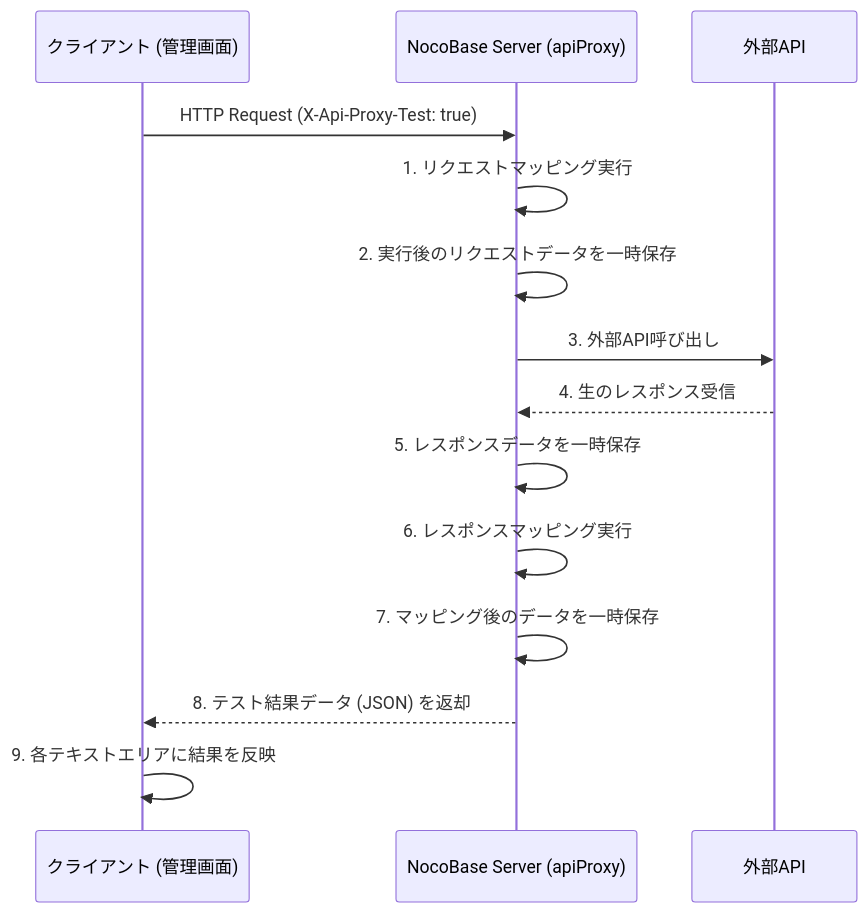
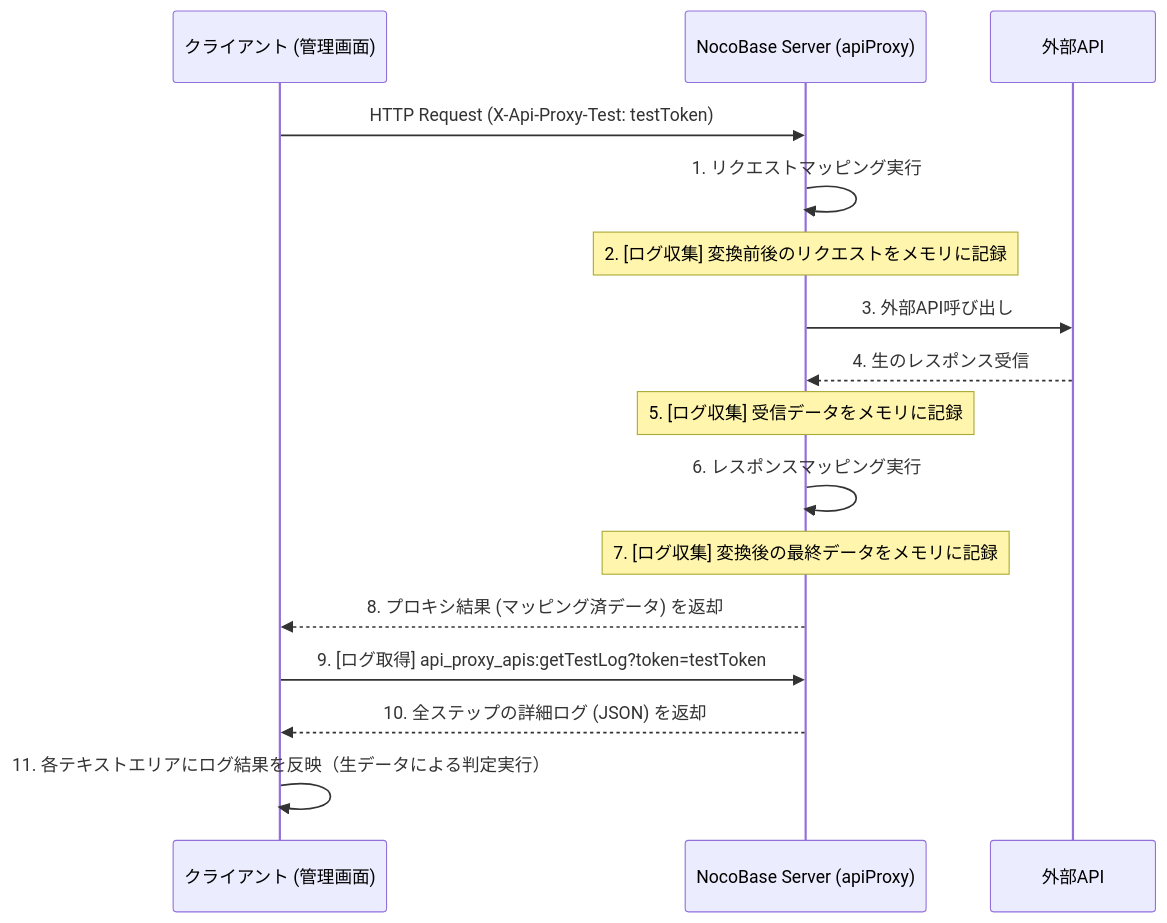
The diagram in documents/103_api_proxy_test_design.md (yujakudo/nb_plugins), drawn with Mermaid before and after one commit. The commit also changed other lines of this file and 11 other files, not shown here.

````diff
--- a/documents/103_api_proxy_test_design.md
+++ b/documents/103_api_proxy_test_design.md
@@ -8,17 +8,19 @@
 ```mermaid
 sequenceDiagram
     participant Client as クライアント (管理画面)
     participant Server as NocoBase Server (apiProxy)
     participant External as 外部API
 
-    Client->>Server: HTTP Request (X-Api-Proxy-Test: true)
+    Client->>Server: HTTP Request (X-Api-Proxy-Test: testToken)
     Server->>Server: 1. リクエストマッピング実行
-    Server->>Server: 2. 実行後のリクエストデータを一時保存
+    Note over Server: 2. [ログ収集] 変換前後のリクエストをメモリに記録
     Server->>External: 3. 外部API呼び出し
     External-->>Server: 4. 生のレスポンス受信
-    Server->>Server: 5. レスポンスデータを一時保存
+    Note over Server: 5. [ログ収集] 受信データをメモリに記録
     Server->>Server: 6. レスポンスマッピング実行
-    Server->>Server: 7. マッピング後のデータを一時保存
-    Server-->>Client: 8. テスト結果データ (JSON) を返却
-    Client->>Client: 9. 各テキストエリアに結果を反映
+    Note over Server: 7. [ログ収集] 変換後の最終データをメモリに記録
+    Server-->>Client: 8. プロキシ結果 (マッピング済データ) を返却
+    Client->>Server: 9. [ログ取得] api_proxy_apis:getTestLog?token=testToken
+    Server-->>Client: 10. 全ステップの詳細ログ (JSON) を返却
+    Client->>Client: 11. 各テキストエリアにログ結果を反映（生データによる判定実行）
 ```
````
